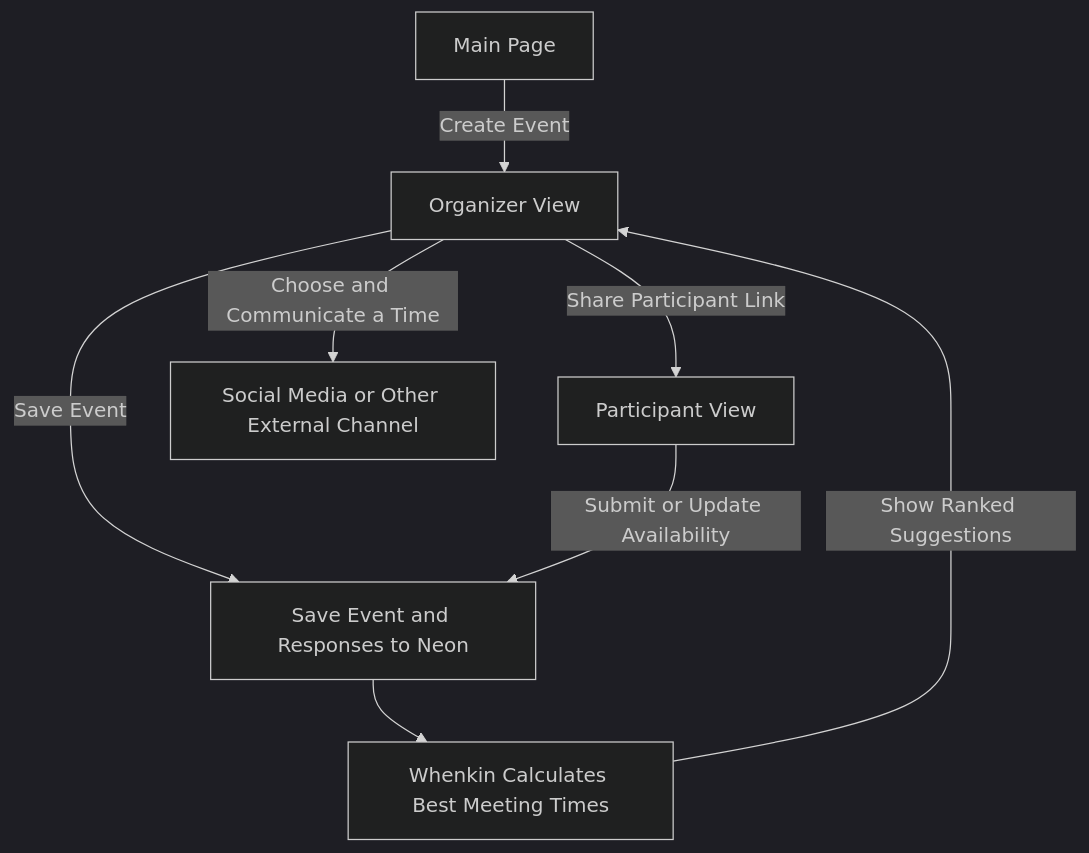
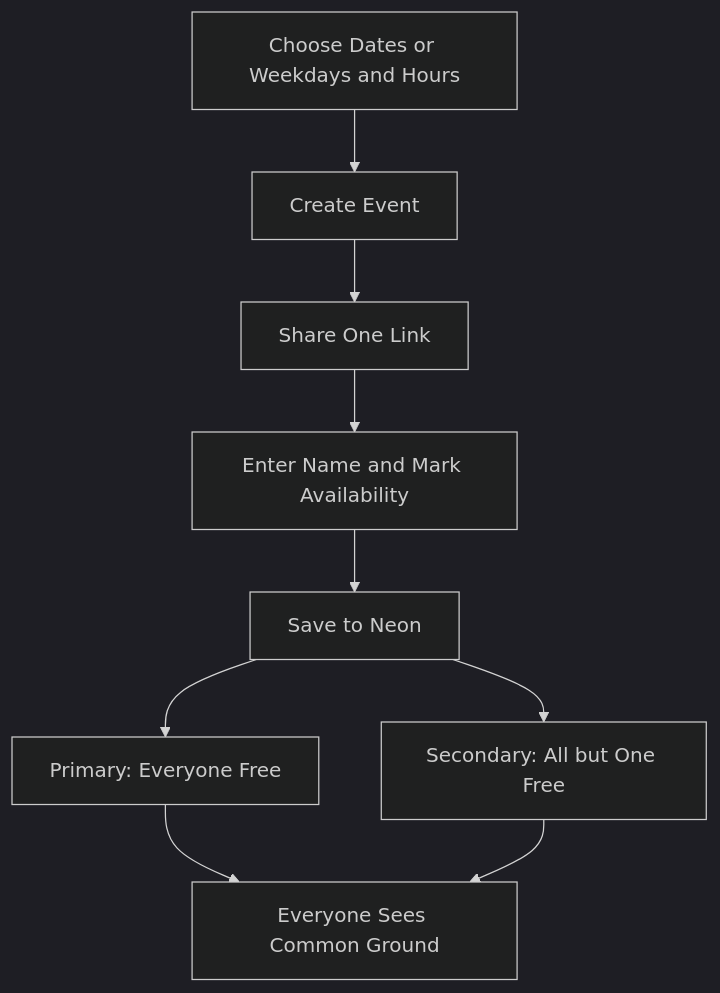
One commit to jimmy181211/whenkin changed the first of 2 diagrams in docs/flowchart.md. Above: the diagram before and after it, drawn with Mermaid (dark theme). The commit also changed other lines of this file and 31 other files, not shown here.

Commit message:
Simplify shared scheduling and add primary and secondary common ground

````diff
--- a/docs/flowchart.md
+++ b/docs/flowchart.md
@@ -7,10 +7,11 @@
 ```mermaid
 flowchart TD
-  H["Main Page"] -->|"Create Event"| O["Organizer View"]
-  O -->|"Share Participant Link"| P["Participant View"]
-  O -->|"Save Event"| N["Save Event and Responses to Neon"]
-  P -->|"Submit or Update Availability"| N
-  N --> C["Whenkin Calculates Best Meeting Times"]
-  C -->|"Show Ranked Suggestions"| O
-  O -->|"Choose and Communicate a Time"| F["Social Media or Other External Channel"]
+  C["Choose Dates or Weekdays and Hours"] --> E["Create Event"]
+  E --> L["Share One Link"]
+  L --> R["Enter Name and Mark Availability"]
+  R --> N["Save to Neon"]
+  N --> P["Primary: Everyone Free"]
+  N --> S["Secondary: All but One Free"]
+  P --> G["Everyone Sees Common Ground"]
+  S --> G
 ```
````
